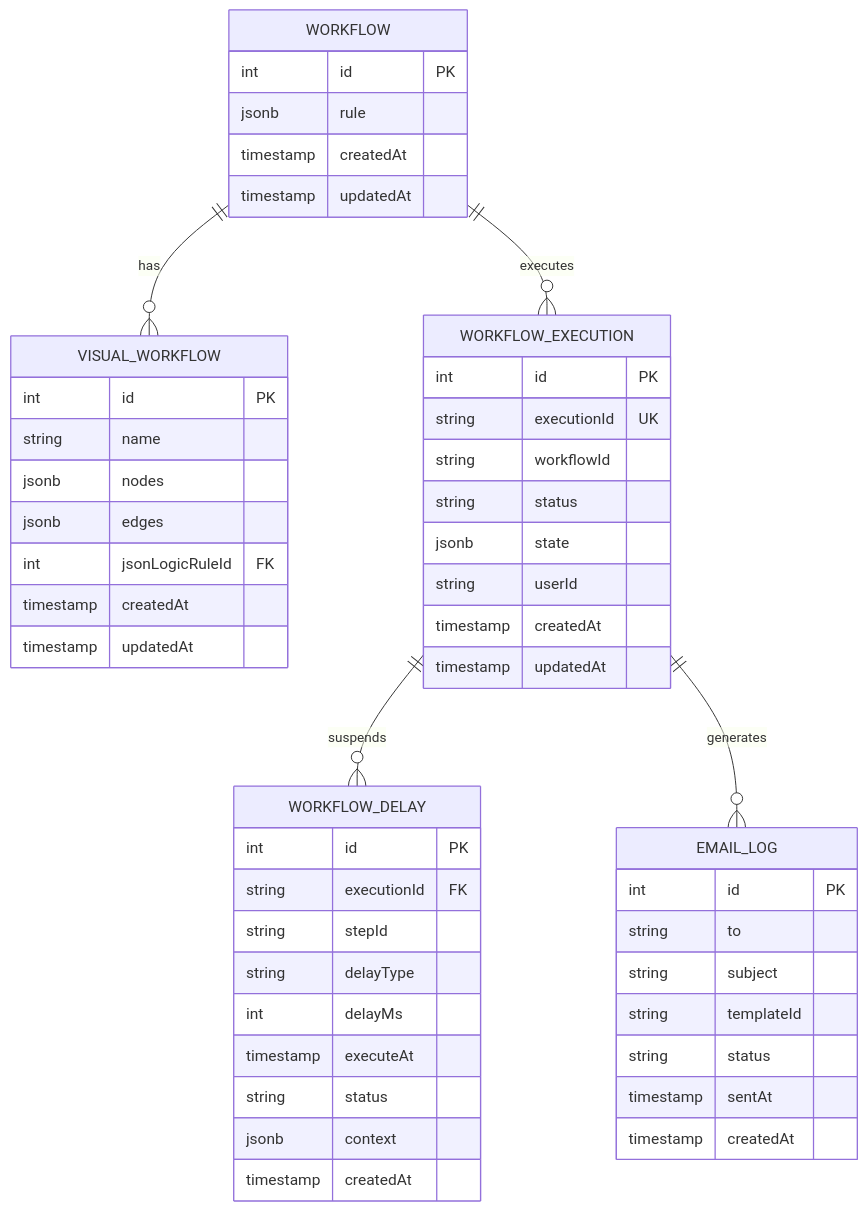
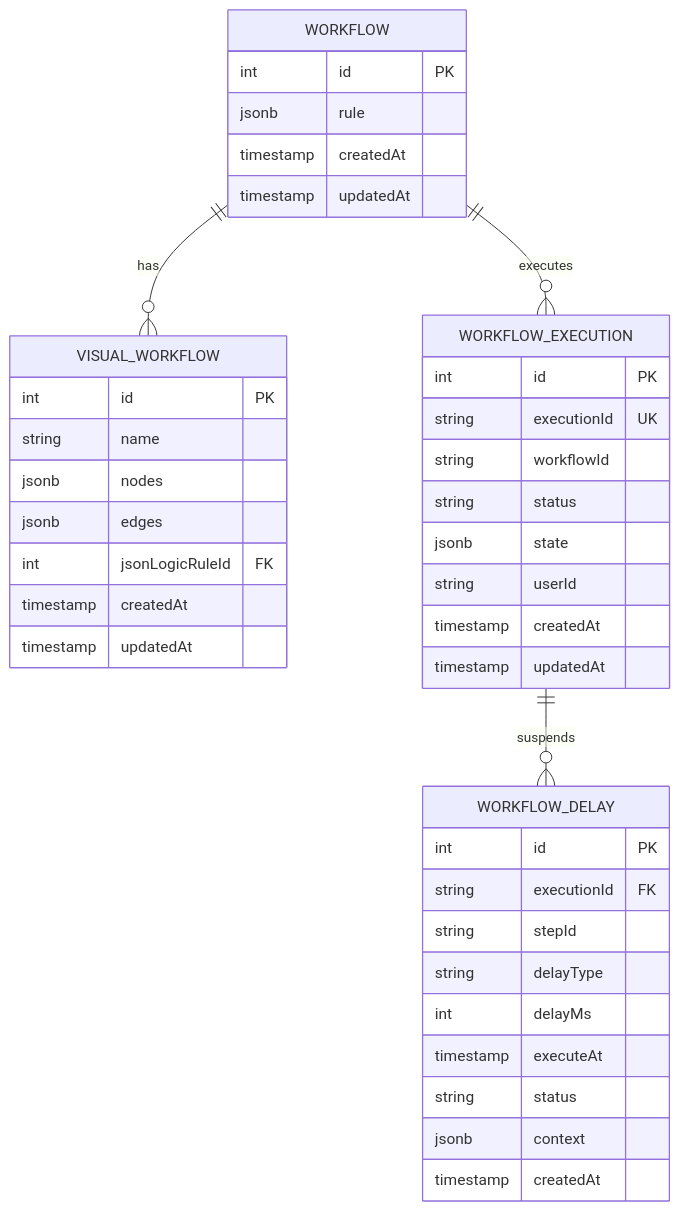
The third of 6 diagrams in README.md (mdasrafkhan/workflow-me), drawn with Mermaid before and after one commit. The commit also changed other lines of this file and 1 other file, not shown here.

Commit message:
enhance documentation for external services and architectural separation.

````diff
--- a/README.md
+++ b/README.md
@@ -133,57 +135,46 @@
 ```mermaid
 erDiagram
     WORKFLOW ||--o{ VISUAL_WORKFLOW : "has"
     WORKFLOW ||--o{ WORKFLOW_EXECUTION : "executes"
     WORKFLOW_EXECUTION ||--o{ WORKFLOW_DELAY : "suspends"
-    WORKFLOW_EXECUTION ||--o{ EMAIL_LOG : "generates"
 
     WORKFLOW {
         int id PK
         jsonb rule
         timestamp createdAt
         timestamp updatedAt
     }
 
     VISUAL_WORKFLOW {
         int id PK
         string name
         jsonb nodes
         jsonb edges
         int jsonLogicRuleId FK
         timestamp createdAt
         timestamp updatedAt
     }
 
     WORKFLOW_EXECUTION {
         int id PK
         string executionId UK
         string workflowId
         string status
         jsonb state
         string userId
         timestamp createdAt
         timestamp updatedAt
     }
 
     WORKFLOW_DELAY {
         int id PK
         string executionId FK
         string stepId
         string delayType
         int delayMs
         timestamp executeAt
         string status
         jsonb context
         timestamp createdAt
     }
-
-    EMAIL_LOG {
-        int id PK
-        string to
-        string subject
-        string templateId
-        string status
-        timestamp sentAt
-        timestamp createdAt
-    }
 ```
````
